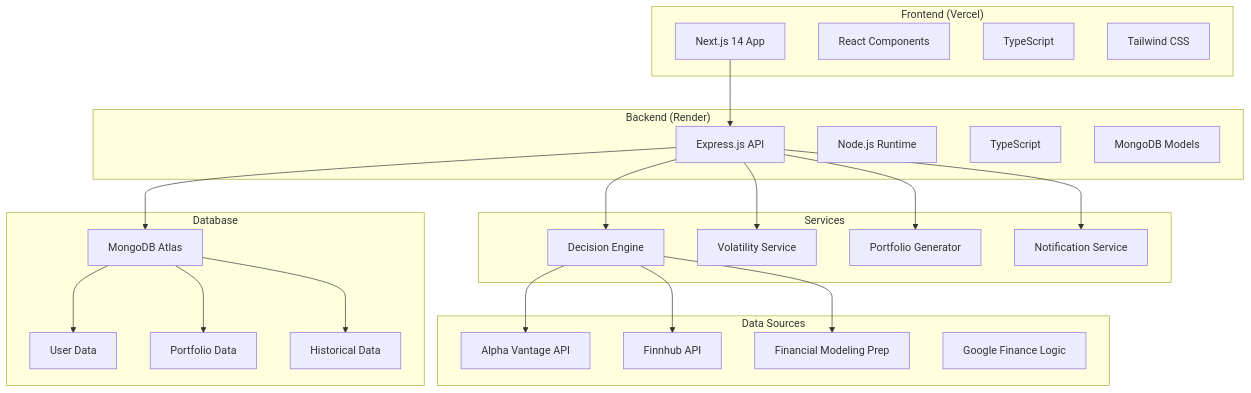
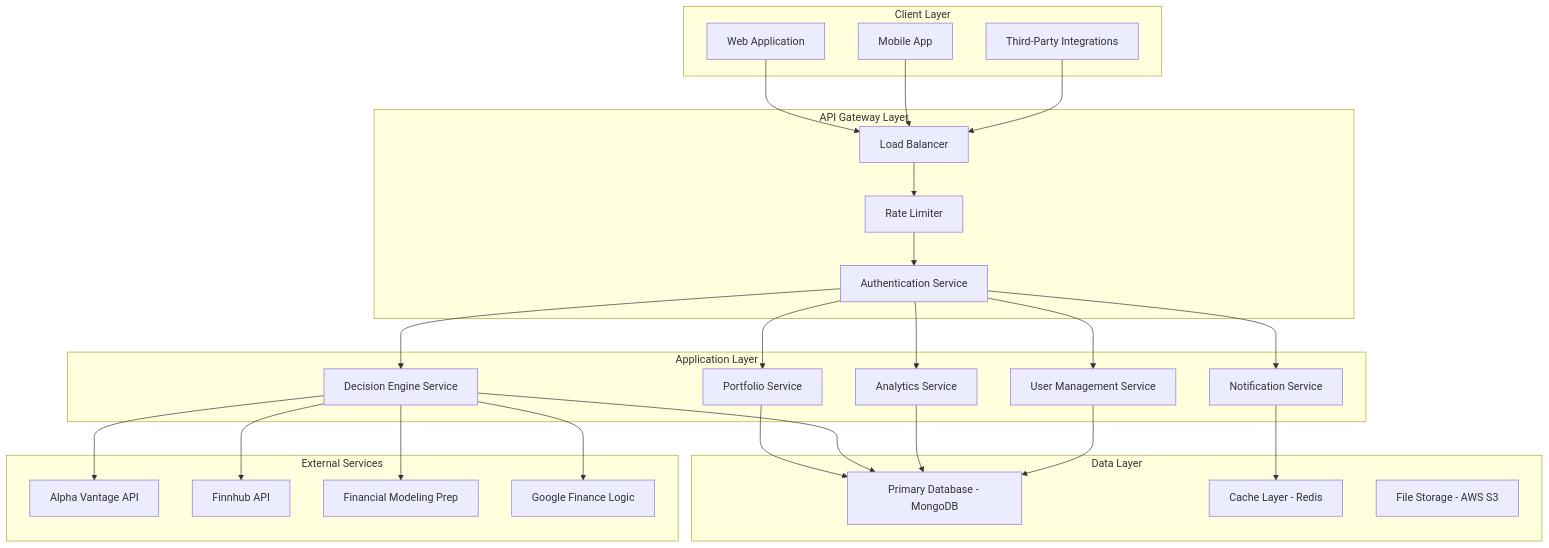
The diagram in README.md (avi648elastic-dot/ai-capital-app-users), drawn with Mermaid before and after one commit. The commit also changed other lines of this file, not shown here.

````diff
--- a/README.md
+++ b/README.md
@@ -80,50 +196,55 @@
 ```mermaid
 graph TB
-    subgraph "Frontend (Vercel)"
-        A[Next.js 14 App]
-        B[React Components]
-        C[TypeScript]
-        D[Tailwind CSS]
+    subgraph "Client Layer"
+        A[Web Application]
+        B[Mobile App]
+        C[Third-Party Integrations]
     end
     
-    subgraph "Backend (Render)"
-        E[Express.js API]
-        F[Node.js Runtime]
-        G[TypeScript]
-        H[MongoDB Models]
+    subgraph "API Gateway Layer"
+        D[Load Balancer]
+        E[Rate Limiter]
+        F[Authentication Service]
     end
     
-    subgraph "Data Sources"
-        I[Alpha Vantage API]
-        J[Finnhub API]
-        K[Financial Modeling Prep]
-        L[Google Finance Logic]
+    subgraph "Application Layer"
+        G[Portfolio Service]
+        H[Decision Engine Service]
+        I[Analytics Service]
+        J[Notification Service]
+        K[User Management Service]
     end
     
-    subgraph "Services"
-        M[Decision Engine]
-        N[Volatility Service]
-        O[Portfolio Generator]
-        P[Notification Service]
+    subgraph "Data Layer"
+        L[Primary Database - MongoDB]
+        M[Cache Layer - Redis]
+        N[File Storage - AWS S3]
     end
     
-    subgraph "Database"
-        Q[MongoDB Atlas]
-        R[User Data]
-        S[Portfolio Data]
-        T[Historical Data]
+    subgraph "External Services"
+        O[Alpha Vantage API]
+        P[Finnhub API]
+        Q[Financial Modeling Prep]
+        R[Google Finance Logic]
     end
     
-    A --> E
-    E --> M
-    E --> N
-    E --> O
-    E --> P
-    M --> I
-    M --> J
-    M --> K
-    E --> Q
-    Q --> R
-    Q --> S
-    Q --> T
+    A --> D
+    B --> D
+    C --> D
+    D --> E
+    E --> F
+    F --> G
+    F --> H
+    F --> I
+    F --> J
+    F --> K
+    G --> L
+    H --> L
+    I --> L
+    J --> M
+    K --> L
+    H --> O
+    H --> P
+    H --> Q
+    H --> R
 ```
````
